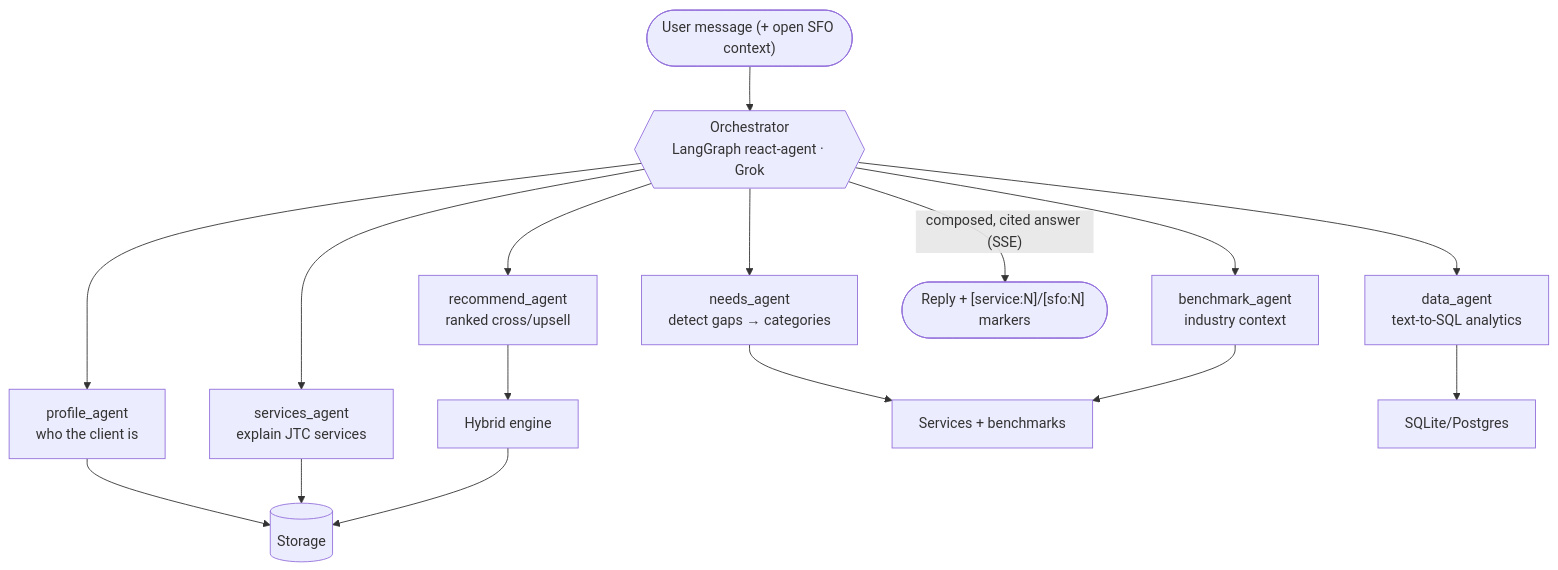
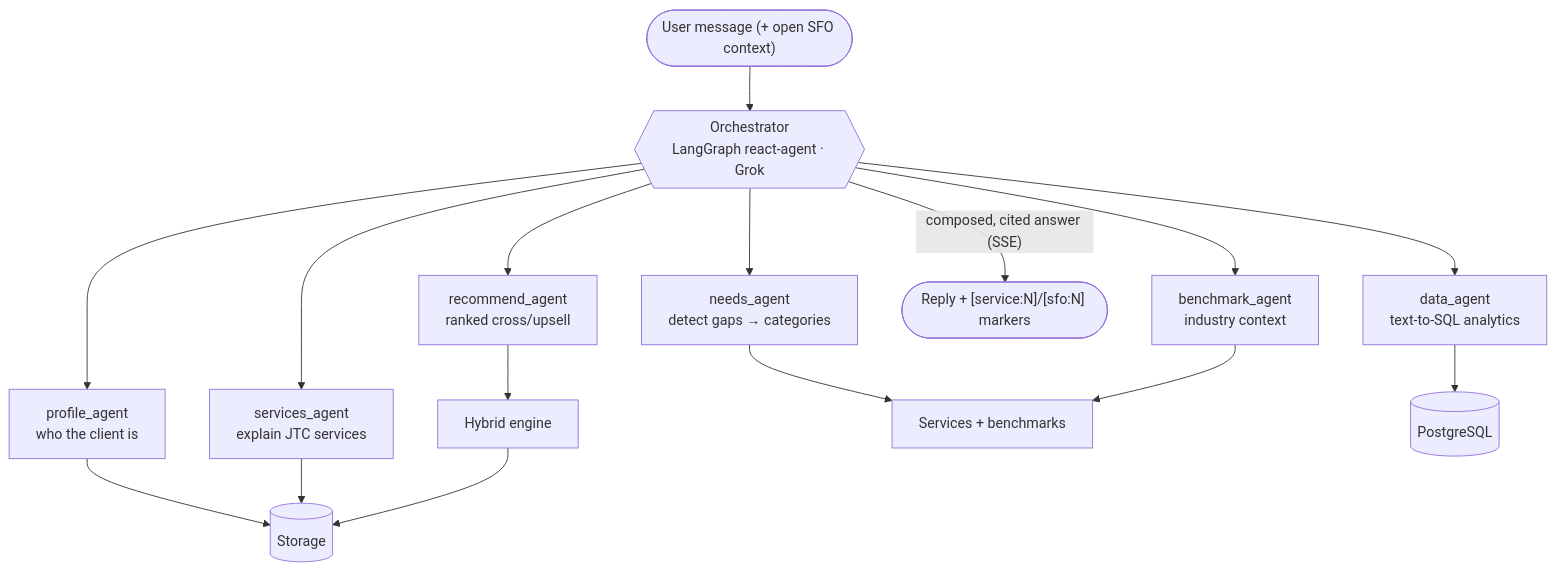
One commit to predictivelabsai/FastFund changed the second of 7 diagrams in docs/technical_architecture.md. Above: the diagram before and after it, drawn with Mermaid. The commit also changed other lines of this file and 10 other files, not shown here.

First line of the commit message:
Standardise architecture on Azure Blob Storage + PostgreSQL

````diff
--- a/docs/technical_architecture.md
+++ b/docs/technical_architecture.md
@@ -53,32 +54,32 @@
 ```mermaid
 flowchart TB
     MSG(["User message (+ open SFO context)"])
     ORCH{{"Orchestrator<br/>LangGraph react-agent · Grok"}}
     MSG --> ORCH
 
     PROFILE["profile_agent<br/>who the client is"]
     NEEDS["needs_agent<br/>detect gaps → categories"]
     SERVICES["services_agent<br/>explain JTC services"]
     RECOMMEND["recommend_agent<br/>ranked cross/upsell"]
     BENCH["benchmark_agent<br/>industry context"]
     DATA["data_agent<br/>text-to-SQL analytics"]
 
     ORCH --> PROFILE
     ORCH --> NEEDS
     ORCH --> SERVICES
     ORCH --> RECOMMEND
     ORCH --> BENCH
     ORCH --> DATA
 
     STORE[("Storage")]
     ENGINE["Hybrid engine"]
     KB["Services + benchmarks"]
-    SQL["SQLite/Postgres"]
+    SQL[("PostgreSQL")]
     PROFILE --> STORE
     NEEDS --> KB
     SERVICES --> STORE
     RECOMMEND --> ENGINE --> STORE
     BENCH --> KB
     DATA --> SQL
     ORCH -->|"composed, cited answer (SSE)"| OUT(["Reply + [service:N]/[sfo:N] markers"])
 ```
````
